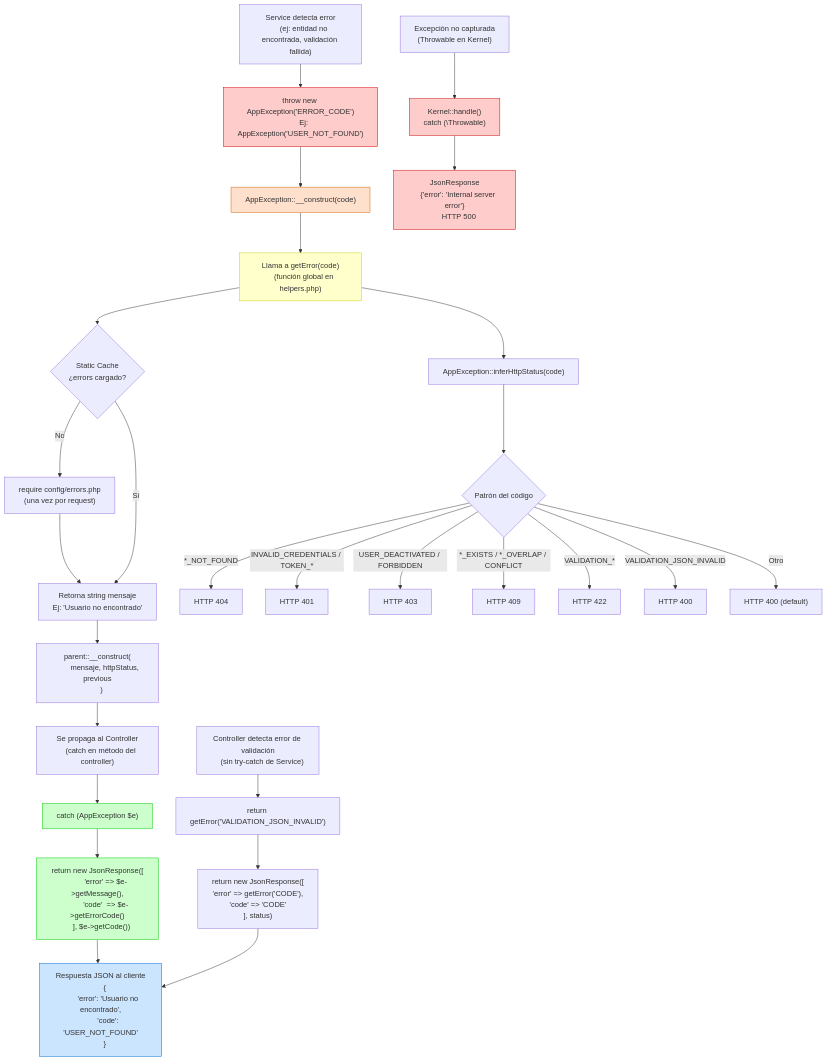
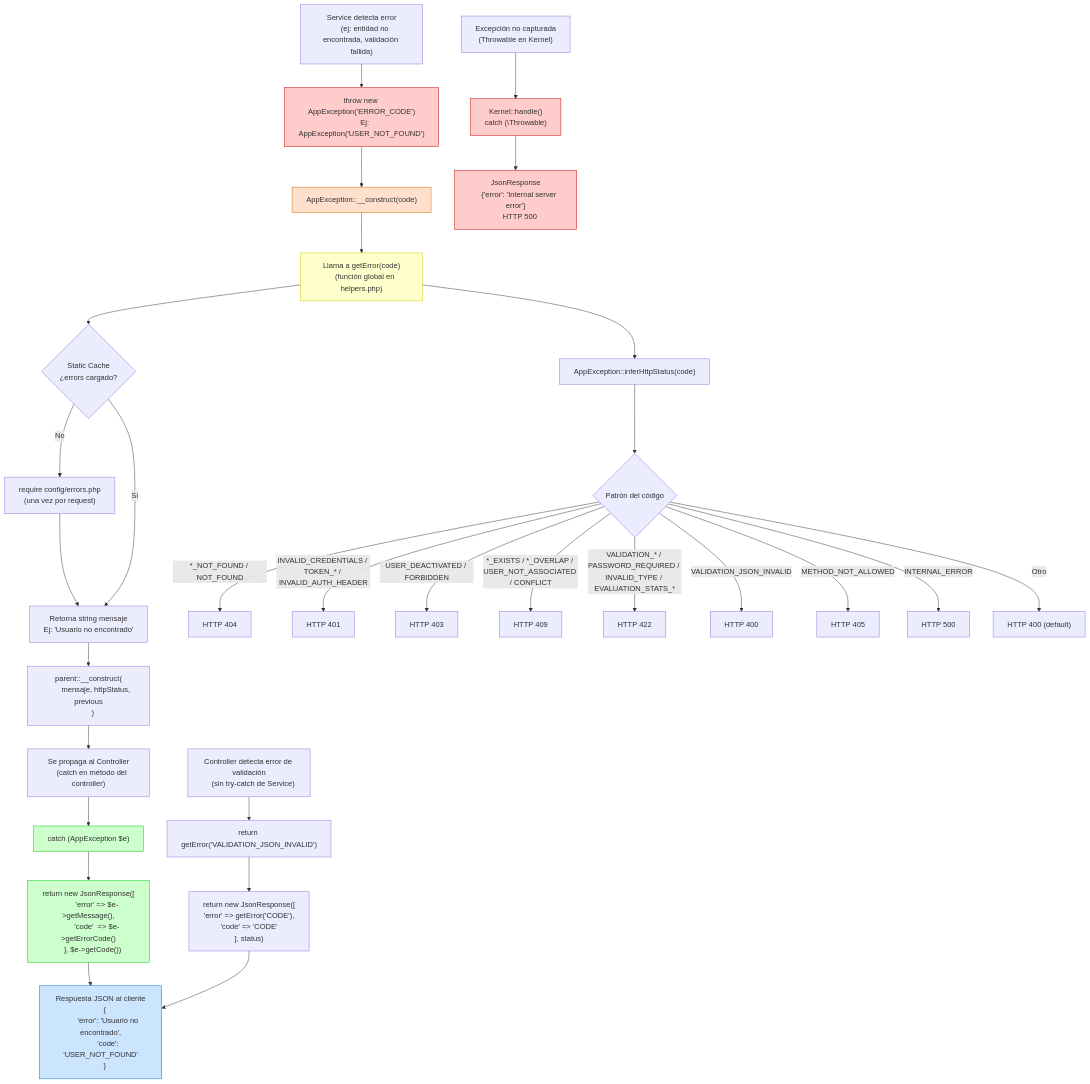
Before and after one commit to AoRyuGetsu/Fenix: the diagram in esquemas/backend/05-errores.md, drawn with Mermaid. The commit also changed other lines of this file and 178 other files, not shown here.

````diff
--- a/esquemas/backend/05-errores.md
+++ b/esquemas/backend/05-errores.md
@@ -5,74 +5,76 @@
 ```mermaid
 flowchart TD
     START["Service detecta error
     (ej: entidad no encontrada, validación fallida)"] --> THROW["throw new AppException('ERROR_CODE')
     Ej: AppException('USER_NOT_FOUND')"]
 
     THROW --> APP_EXCEPTION["AppException::__construct(code)"]
     APP_EXCEPTION --> GET_ERROR["Llama a getError(code)
     (función global en helpers.php)"]
 
     GET_ERROR --> STATIC_CACHE{"Static Cache
     ¿errors cargado?"}
     STATIC_CACHE -- "No" --> REQUIRE["require config/errors.php
     (una vez por request)"]
     REQUIRE --> RETURN_MSG["Retorna string mensaje
     Ej: 'Usuario no encontrado'"]
     STATIC_CACHE -- "Sí" --> RETURN_MSG
 
     GET_ERROR --> INFER_STATUS["AppException::inferHttpStatus(code)"]
     INFER_STATUS --> MATCH_STATUS{"Patrón del código"}
-    MATCH_STATUS -- "*_NOT_FOUND" --> STATUS_404["HTTP 404"]
-    MATCH_STATUS -- "INVALID_CREDENTIALS / TOKEN_*" --> STATUS_401["HTTP 401"]
+    MATCH_STATUS -- "*_NOT_FOUND / NOT_FOUND" --> STATUS_404["HTTP 404"]
+    MATCH_STATUS -- "INVALID_CREDENTIALS / TOKEN_* / INVALID_AUTH_HEADER" --> STATUS_401["HTTP 401"]
     MATCH_STATUS -- "USER_DEACTIVATED / FORBIDDEN" --> STATUS_403["HTTP 403"]
-    MATCH_STATUS -- "*_EXISTS / *_OVERLAP / CONFLICT" --> STATUS_409["HTTP 409"]
-    MATCH_STATUS -- "VALIDATION_*" --> STATUS_422["HTTP 422"]
+    MATCH_STATUS -- "*_EXISTS / *_OVERLAP / USER_NOT_ASSOCIATED / CONFLICT" --> STATUS_409["HTTP 409"]
+    MATCH_STATUS -- "VALIDATION_* / PASSWORD_REQUIRED / INVALID_TYPE / EVALUATION_STATS_*" --> STATUS_422["HTTP 422"]
     MATCH_STATUS -- "VALIDATION_JSON_INVALID" --> STATUS_400["HTTP 400"]
+    MATCH_STATUS -- "METHOD_NOT_ALLOWED" --> STATUS_405["HTTP 405"]
+    MATCH_STATUS -- "INTERNAL_ERROR" --> STATUS_500["HTTP 500"]
     MATCH_STATUS -- "Otro" --> STATUS_DEFAULT["HTTP 400 (default)"]
 
     RETURN_MSG --> CONSTRUCT_PARENT["parent::__construct(
         mensaje, httpStatus, previous
     )"]
 
     CONSTRUCT_PARENT --> PROPAGATE["Se propaga al Controller
     (catch en método del controller)"]
 
     PROPAGATE --> CATCH["catch (AppException $e)"]
     CATCH --> BUILD_RESPONSE["return new JsonResponse([
         'error' => $e->getMessage(),
         'code'  => $e->getErrorCode()
     ], $e->getCode())"]
 
     BUILD_RESPONSE --> JSON_RESPONSE["Respuesta JSON al cliente
     {
         'error': 'Usuario no encontrado',
         'code': 'USER_NOT_FOUND'
     }"]
 
     %% Flujo alternativo: Validación/Infraestructura
     CONTROLLER_ERROR["Controller detecta error de validación
     (sin try-catch de Service)"] --> DIRECT_GET_ERROR["return getError('VALIDATION_JSON_INVALID')"]
     DIRECT_GET_ERROR --> DIRECT_RESPONSE["return new JsonResponse([
         'error' => getError('CODE'),
         'code' => 'CODE'
     ], status)"]
 
     DIRECT_RESPONSE --> JSON_RESPONSE
 
     %% Error no capturado
     UNCAUGHT["Excepción no capturada
     (Throwable en Kernel)"] --> KERNEL_CATCH["Kernel::handle()
     catch (\Throwable)"]
     KERNEL_CATCH --> ERROR_500["JsonResponse
     {'error': 'Internal server error'}
     HTTP 500"]
 
     style THROW fill:#ffcccc,stroke:#cc0000
     style APP_EXCEPTION fill:#ffe0cc,stroke:#cc6600
     style GET_ERROR fill:#ffffcc,stroke:#cccc00
     style CATCH fill:#ccffcc,stroke:#00cc00
     style BUILD_RESPONSE fill:#ccffcc,stroke:#00cc00
     style JSON_RESPONSE fill:#cce5ff,stroke:#0066cc
     style KERNEL_CATCH fill:#ffcccc,stroke:#cc0000
     style ERROR_500 fill:#ffcccc,stroke:#cc0000
 ```
````
